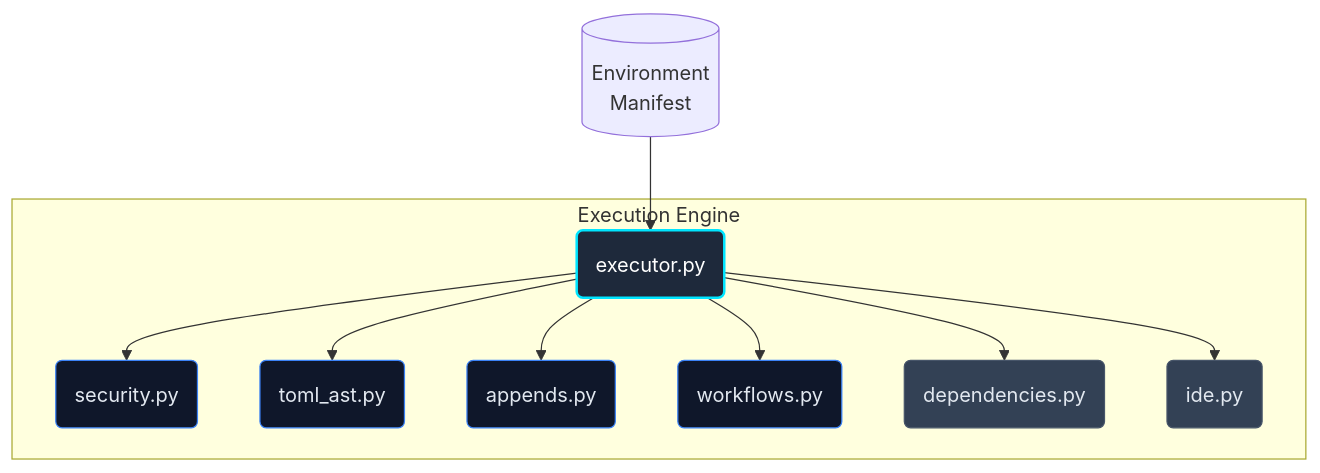
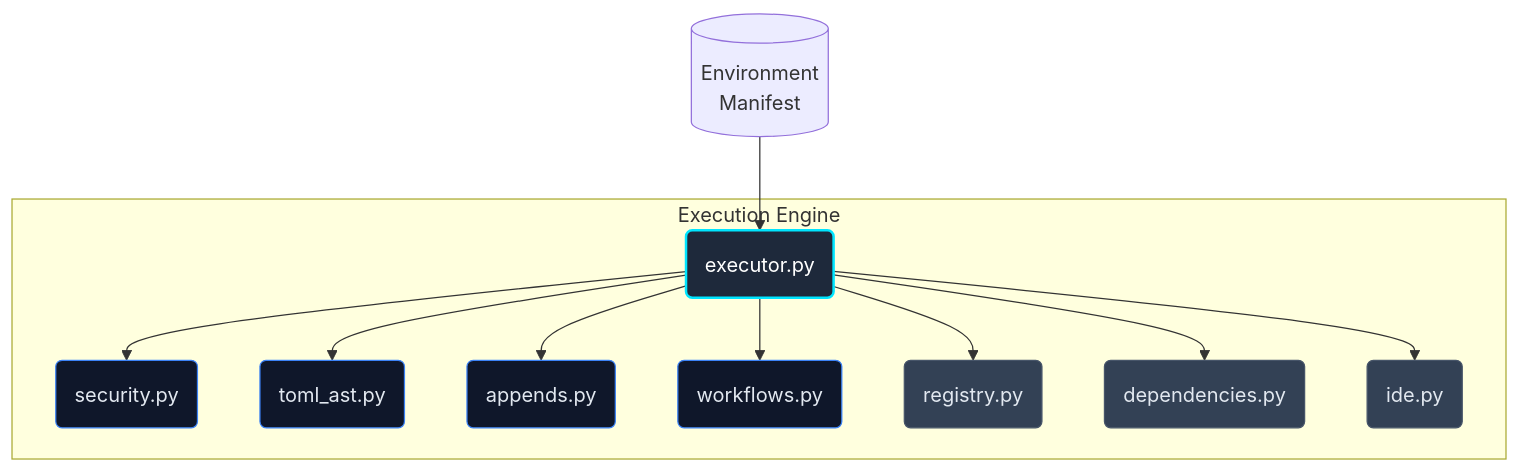
One commit to JacksonFergusonDev/protostar changed the first of 2 diagrams in docs/mechanics/executor.md. Above: the diagram before and after it, drawn with Mermaid. The commit also changed other lines of this file and 19 other files, not shown here.

````diff
--- a/docs/mechanics/executor.md
+++ b/docs/mechanics/executor.md
@@ -11,18 +11,19 @@
 ```mermaid
 flowchart TD
     classDef pure fill:#0f172a,stroke:#3b82f6,stroke-width:1px,color:#e2e8f0;
     classDef stateful fill:#334155,stroke:#475569,stroke-width:1px,color:#e2e8f0;
     classDef orchestrator fill:#1e293b,stroke:#00e5ff,stroke-width:2px,color:#fff;
 
     M[(Environment\nManifest)] --> E(executor.py):::orchestrator
 
     subgraph Execution Engine
         E --> S(security.py):::pure
         E --> T(toml_ast.py):::pure
         E --> A(appends.py):::pure
         E --> W(workflows.py):::pure
+        E --> R(registry.py):::stateful
 
         E --> D(dependencies.py):::stateful
         E --> I(ide.py):::stateful
     end
 ```
````
